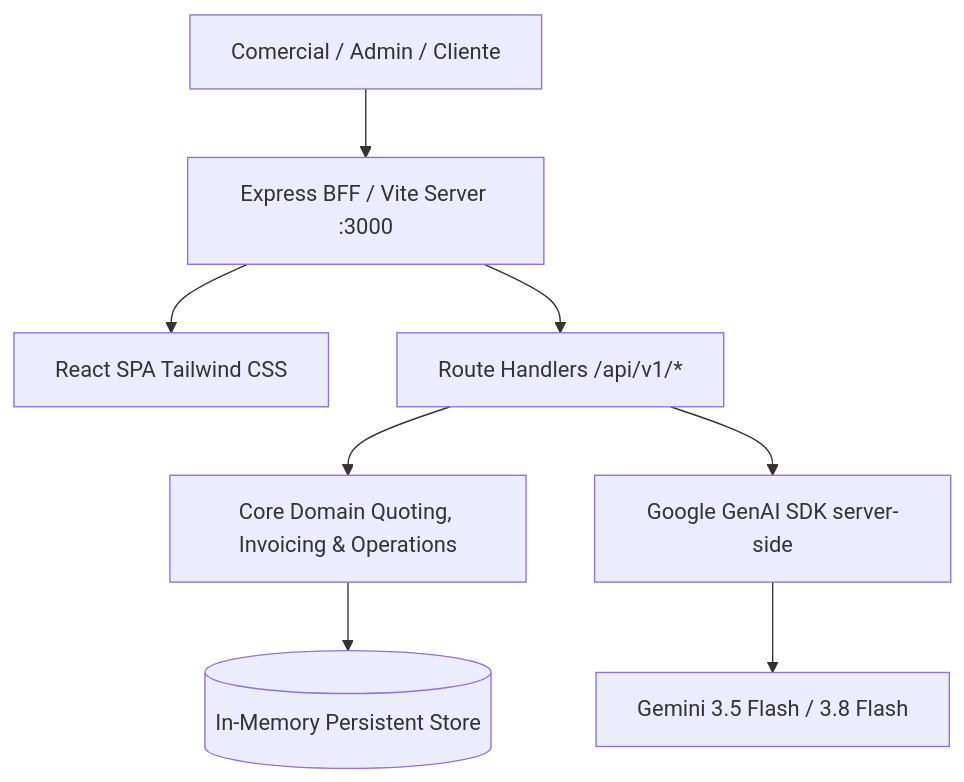
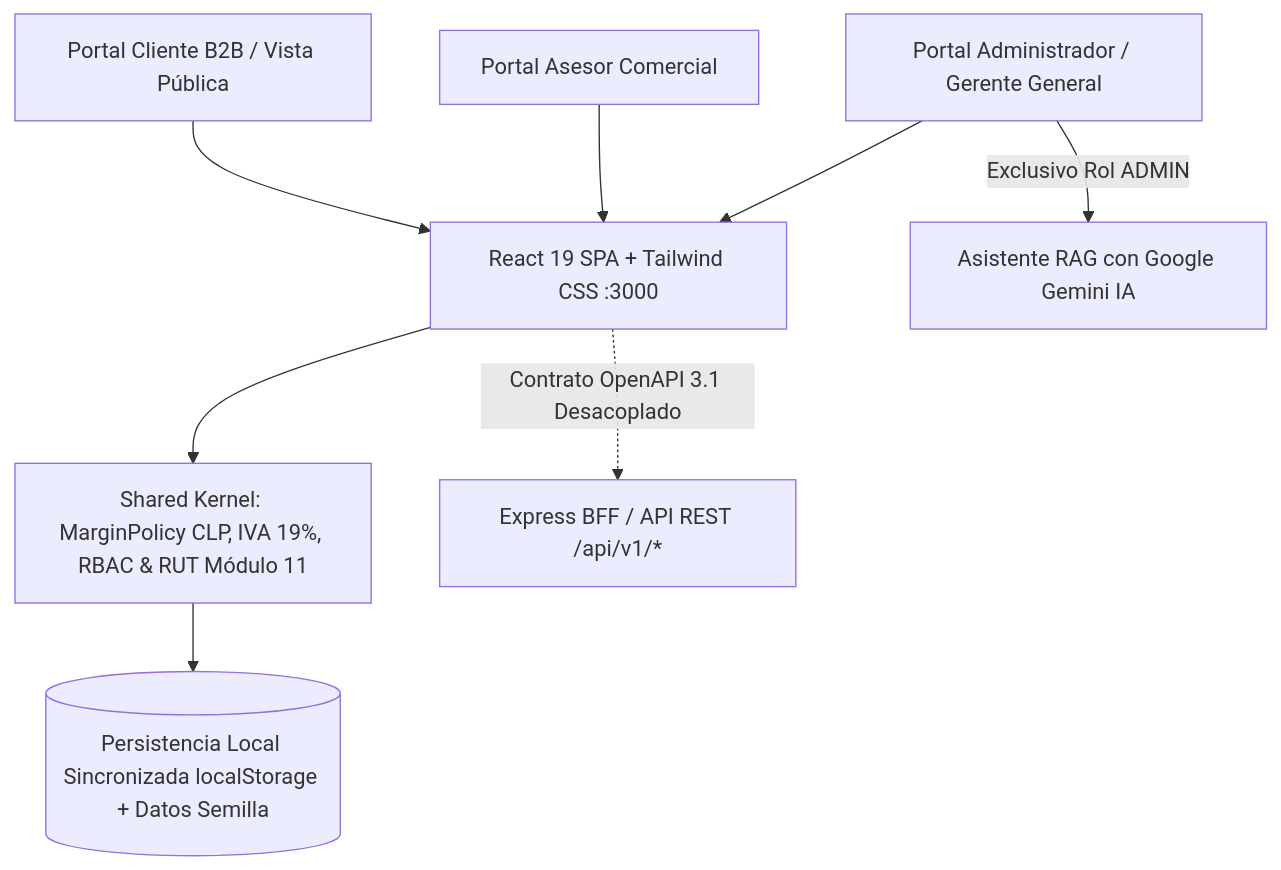
The fifth of 6 diagrams in README.md (D-Araya/Cotizador_), drawn with Mermaid before and after one commit. The commit also changed other lines of this file and 4 other files, not shown here.

````diff
--- a/README.md
+++ b/README.md
@@ -339,10 +354,10 @@
 ```mermaid
 graph TB
-    User[Comercial / Admin / Cliente] --> BFF[Express BFF / Vite Server :3000]
-    BFF --> Frontend[React SPA Tailwind CSS]
-    BFF --> API[Route Handlers /api/v1/*]
-    API --> Domain[Core Domain Quoting, Invoicing & Operations]
-    Domain --> DB[(In-Memory Persistent Store)]
-    API --> Gemini[Google GenAI SDK server-side]
-    Gemini --> Chat[Gemini 3.5 Flash / 3.8 Flash]
+    Admin[Portal Administrador / Gerente General] --> SPA[React 19 SPA + Tailwind CSS :3000]
+    Sales[Portal Asesor Comercial] --> SPA
+    Client[Portal Cliente B2B / Vista Pública] --> SPA
+    SPA --> Domain[Shared Kernel: MarginPolicy CLP, IVA 19%, RBAC & RUT Módulo 11]
+    Domain --> LocalStore[(Persistencia Local Sincronizada localStorage + Datos Semilla)]
+    SPA -.->|Contrato OpenAPI 3.1 Desacoplado| BFF[Express BFF / API REST /api/v1/*]
+    Admin -->|Exclusivo Rol ADMIN| RAG[Asistente RAG con Google Gemini IA]
 ```
````
